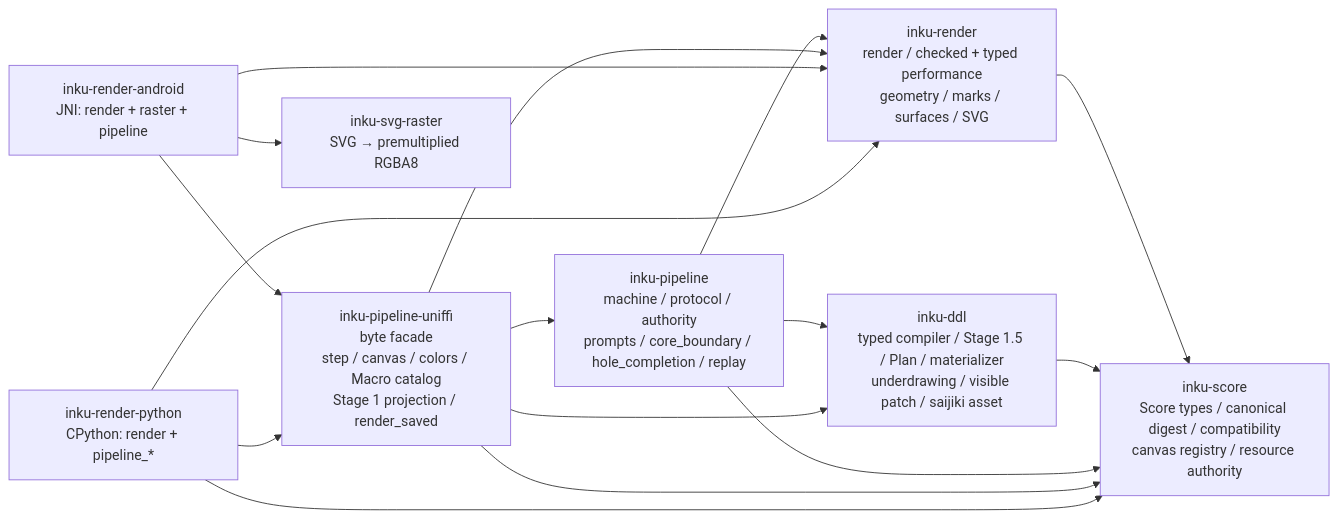
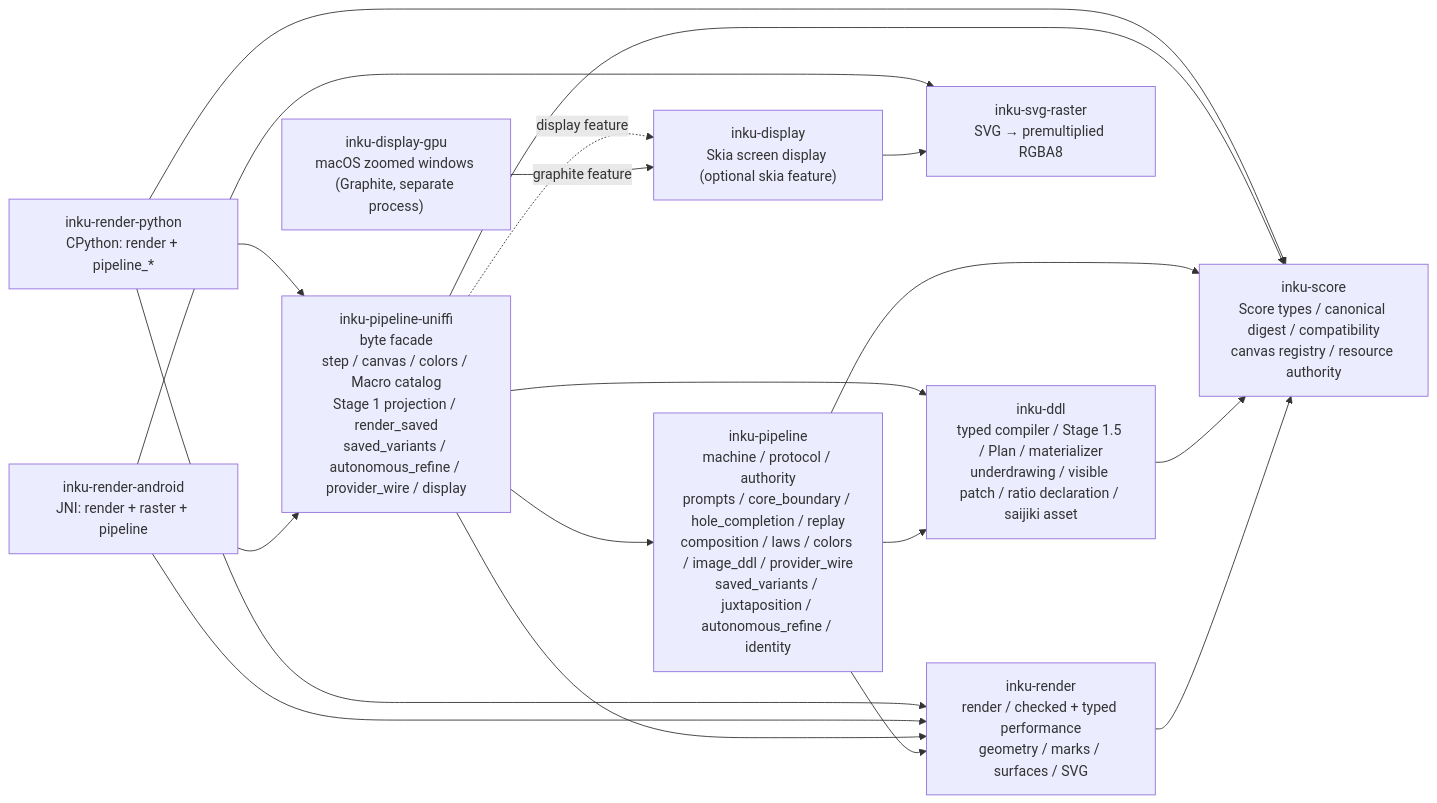
One commit to oikawas/inku-lang changed the fourth of 5 diagrams in docs/architecture/server-components.md. Above: the diagram before and after it, drawn with Mermaid. The commit also changed other lines of this file and 27 other files, not shown here.

First line of the commit message:
Bring the architecture documents up to the current core

````diff
--- a/docs/architecture/server-components.md
+++ b/docs/architecture/server-components.md
@@ -138,27 +151,32 @@
 ```mermaid
 flowchart LR
     PYBIND["inku-render-python\nCPython: render + pipeline_*"]
     JNI["inku-render-android\nJNI: render + raster + pipeline"]
-    UNIFFI["inku-pipeline-uniffi\nbyte facade\nstep / canvas / colors / Macro catalog\nStage 1 projection / render_saved"]
-    PIPE["inku-pipeline\nmachine / protocol / authority\nprompts / core_boundary / hole_completion / replay"]
-    DDL["inku-ddl\ntyped compiler / Stage 1.5 / Plan / materializer\nunderdrawing / visible patch / saijiki asset"]
+    UNIFFI["inku-pipeline-uniffi\nbyte facade\nstep / canvas / colors / Macro catalog\nStage 1 projection / render_saved\nsaved_variants / autonomous_refine / provider_wire / display"]
+    PIPE["inku-pipeline\nmachine / protocol / authority\nprompts / core_boundary / hole_completion / replay\ncomposition / laws / colors / image_ddl / provider_wire\nsaved_variants / juxtaposition / autonomous_refine / identity"]
+    DDL["inku-ddl\ntyped compiler / Stage 1.5 / Plan / materializer\nunderdrawing / visible patch / ratio declaration / saijiki asset"]
+    DISPLAY["inku-display\nSkia screen display (optional skia feature)"]
+    DISPLAY_GPU["inku-display-gpu\nmacOS zoomed windows (Graphite, separate process)"]
     SCORE["inku-score\nScore types / canonical digest / compatibility\ncanvas registry / resource authority"]
     RENDER["inku-render\nrender / checked + typed performance\ngeometry / marks / surfaces / SVG"]
     RASTER["inku-svg-raster\nSVG → premultiplied RGBA8"]
 
     PYBIND --> UNIFFI
     PYBIND --> RENDER
     PYBIND --> SCORE
     JNI --> UNIFFI
     JNI --> RENDER
     JNI --> RASTER
     UNIFFI --> PIPE
     UNIFFI --> DDL
     UNIFFI --> SCORE
     UNIFFI --> RENDER
     PIPE --> DDL
     PIPE --> RENDER
     PIPE --> SCORE
     DDL --> SCORE
     RENDER --> SCORE
+    UNIFFI -.->|"display feature"| DISPLAY
+    DISPLAY --> RASTER
+    DISPLAY_GPU -->|"graphite feature"| DISPLAY
 ```
````
